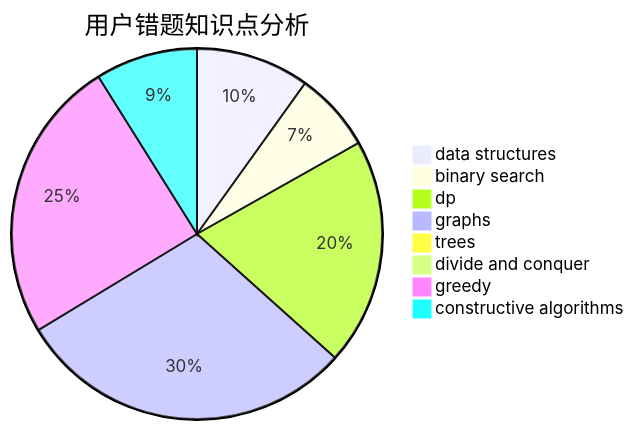
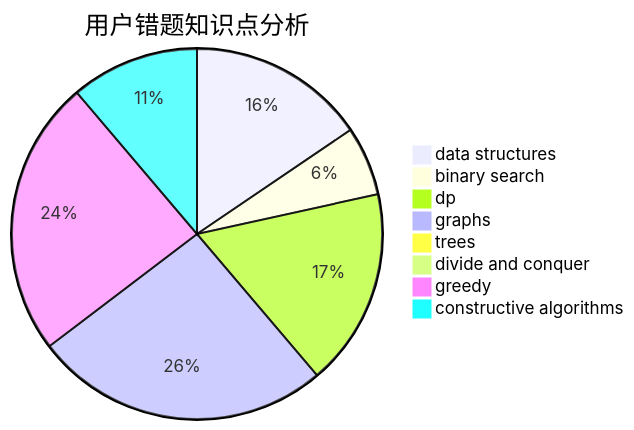
Before and after one commit to sherpahu/cfrs.github.io: the third of 3 diagrams in docs/user/u2102.md, drawn with Mermaid. The commit also changed other lines of this file and 2770 other files, not shown here.

````diff
--- a/docs/user/u2102.md
+++ b/docs/user/u2102.md
@@ -36,11 +36,11 @@
 ```mermaid
 pie title 用户错题知识点分析
-    "data structures" :  10
+    "data structures" :  18
     "binary search" :  7
     "dp" :  20
     "graphs" :  30
     "trees" :  0
     "divide and conquer" :  0
-    "greedy" :  25
-    "constructive algorithms" :  9
+    "greedy" :  28
+    "constructive algorithms" :  13
 ```
````
